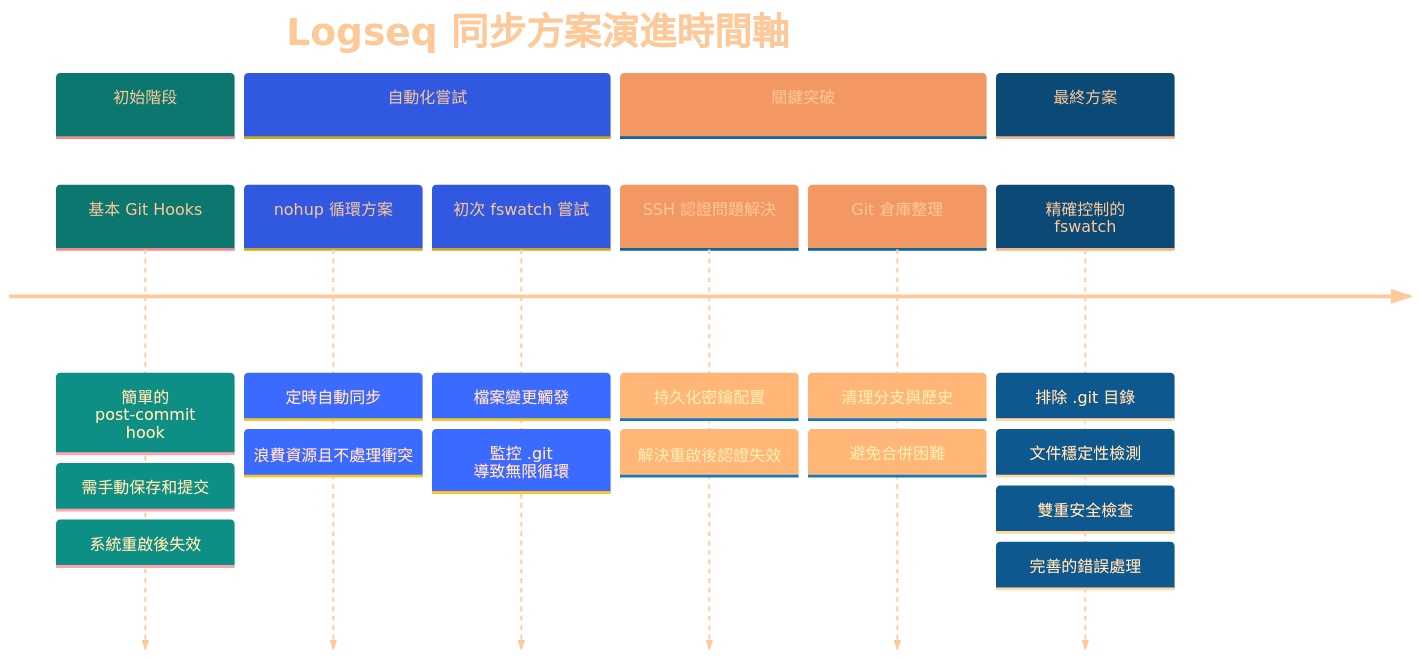
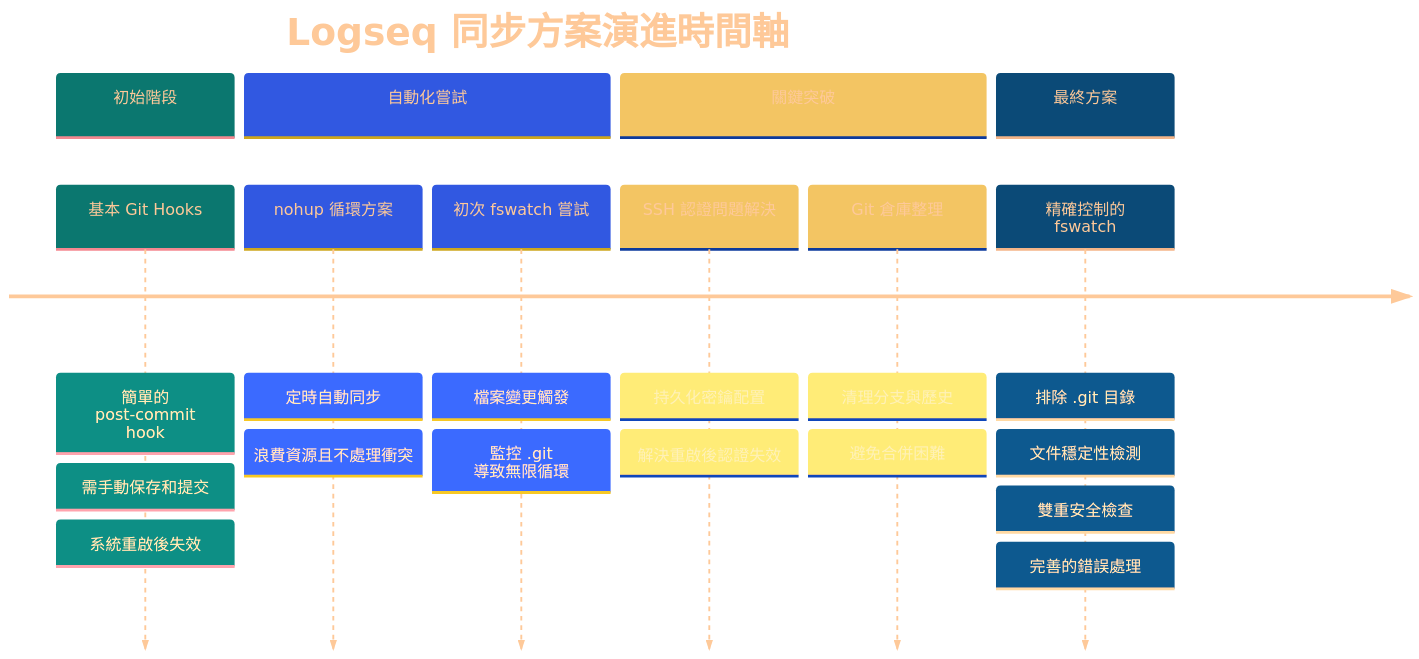
The first of 2 diagrams in Logseq同步方案演進記錄.md (GengGeng026/Sync-Logseq), drawn with Mermaid before and after one commit.

Commit message:
Auto-sync: Wed Mar 26 10:12:40 +08 2025

````diff
--- a/Logseq同步方案演進記錄.md
+++ b/Logseq同步方案演進記錄.md
@@ -24,38 +24,38 @@
 ```mermaid
 %%{init: {
   'theme': 'base', 
   'themeVariables': {
     'primaryTextColor': '#FEC999',
     'primaryColor': '#19E9D9',
     'secondaryColor': '#A0B2F1',
-    'tertiaryColor': '#FCE6D9',
+    'tertiaryColor': '#FCF1D9',
     'primaryBorderColor': '#A9D9D9',
     'background': 'transparent',
     'clusterBkg': 'transparent',
     'fontFamily': 'default',
     'fontSize': '17px',
     'fontWeight': 'normal'
   }
 }}%%
 timeline
     title Logseq 同步方案演進時間軸
     section 初始階段
         基本 Git Hooks : 簡單的 post-commit hook
         : 需手動保存和提交
         : 系統重啟後失效
     section 自動化嘗試
         nohup 循環方案 : 定時自動同步
         : 浪費資源且不處理衝突
         初次 fswatch 嘗試 : 檔案變更觸發
         : 監控 .git 導致無限循環
     section 關鍵突破
         SSH 認證問題解決 : 持久化密鑰配置
         : 解決重啟後認證失效
         Git 倉庫整理 : 清理分支與歷史
         : 避免合併困難
     section 最終方案
         精確控制的 fswatch : 排除 .git 目錄
         : 文件穩定性檢測
         : 雙重安全檢查
         : 完善的錯誤處理
 ```
````
